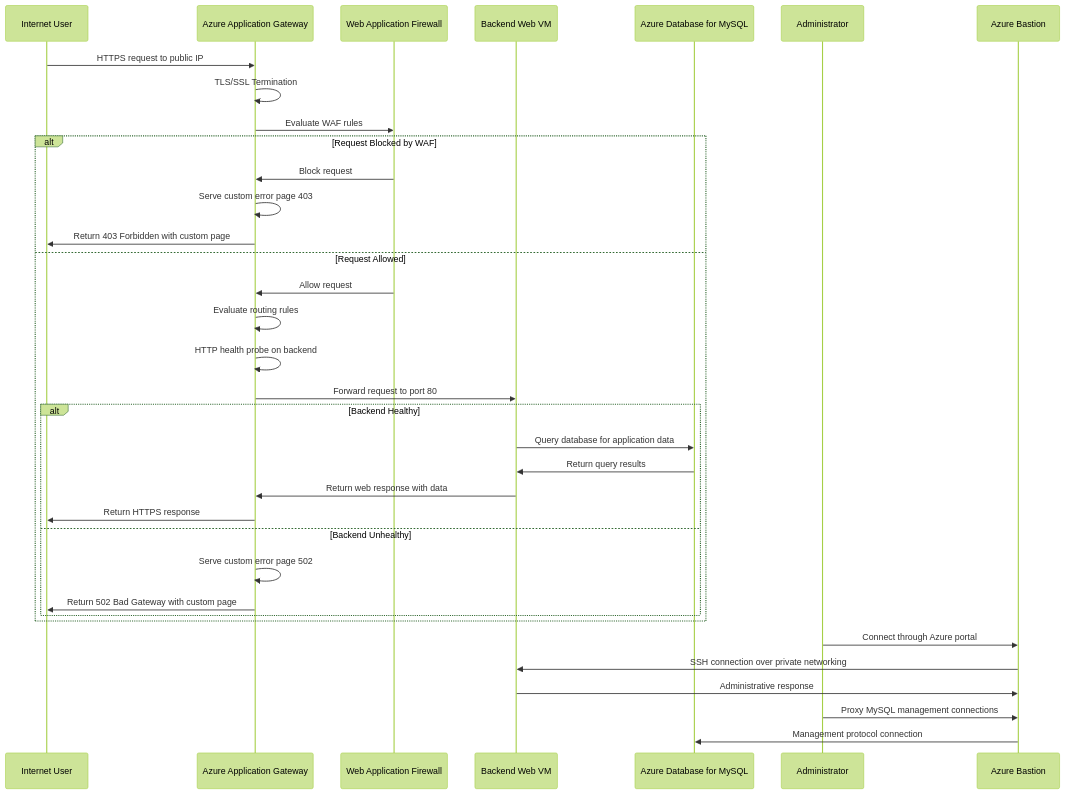
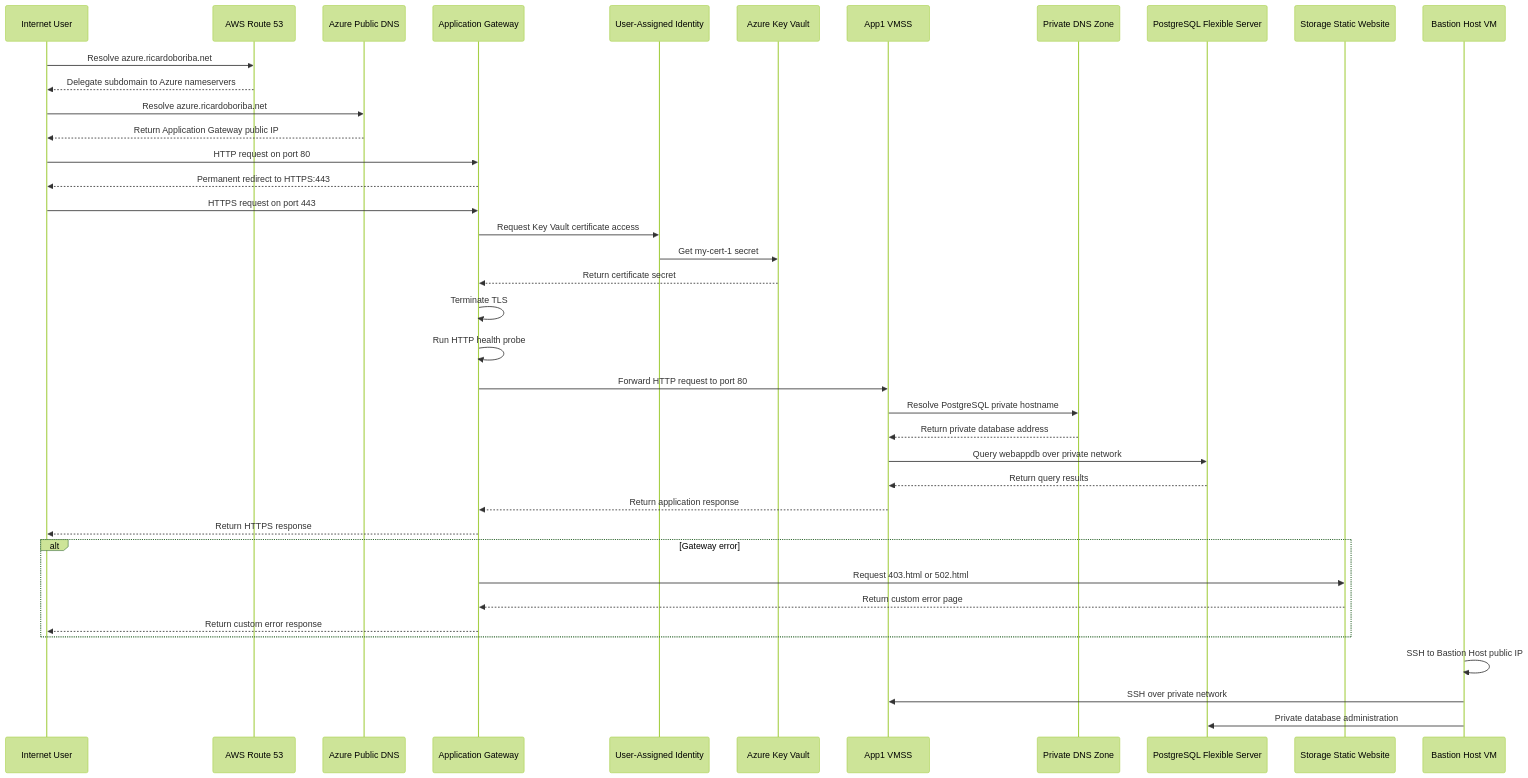
One commit to Richardbmk/azure-architecture-solutions changed the diagram in 05-Project06-ApplicationGateway-MySQL/README.md. Above: the diagram before and after it, drawn with Mermaid (forest theme). The commit also changed other lines of this file and 2 other files, not shown here.

````diff
--- a/05-Project06-ApplicationGateway-MySQL/README.md
+++ b/05-Project06-ApplicationGateway-MySQL/README.md
@@ -88,39 +29,44 @@
 ```mermaid
 sequenceDiagram
     participant User as Internet User
-    participant AppGW as Azure Application Gateway
-    participant WAF as Web Application Firewall
-    participant WebVM as Backend Web VM
-    participant MySQL as Azure Database for MySQL
-    participant Admin as Administrator
-    participant Bastion as Azure Bastion
+    participant AWS as AWS Route 53
+    participant AzureDNS as Azure Public DNS
+    participant Gateway as Application Gateway
+    participant Identity as User-Assigned Identity
+    participant KV as Azure Key Vault
+    participant VMSS as App1 VMSS
+    participant PrivateDNS as Private DNS Zone
+    participant PostgreSQL as PostgreSQL Flexible Server
+    participant Storage as Storage Static Website
+    participant Admin as Bastion Host VM
 
-    User->>AppGW: HTTPS request to public IP
-    AppGW->>AppGW: TLS/SSL Termination
-    AppGW->>WAF: Evaluate WAF rules
-    alt Request Blocked by WAF
-        WAF->>AppGW: Block request
-        AppGW->>AppGW: Serve custom error page 403
-        AppGW->>User: Return 403 Forbidden with custom page
-    else Request Allowed
-        WAF->>AppGW: Allow request
-        AppGW->>AppGW: Evaluate routing rules
-        AppGW->>AppGW: HTTP health probe on backend
-        AppGW->>WebVM: Forward request to port 80
-        alt Backend Healthy
-            WebVM->>MySQL: Query database for application data
-            MySQL->>WebVM: Return query results
-            WebVM->>AppGW: Return web response with data
-            AppGW->>User: Return HTTPS response
-        else Backend Unhealthy
-            AppGW->>AppGW: Serve custom error page 502
-            AppGW->>User: Return 502 Bad Gateway with custom page
-        end
+    User->>AWS: Resolve azure.ricardoboriba.net
+    AWS-->>User: Delegate subdomain to Azure nameservers
+    User->>AzureDNS: Resolve azure.ricardoboriba.net
+    AzureDNS-->>User: Return Application Gateway public IP
+    User->>Gateway: HTTP request on port 80
+    Gateway-->>User: Permanent redirect to HTTPS:443
+    User->>Gateway: HTTPS request on port 443
+    Gateway->>Identity: Request Key Vault certificate access
+    Identity->>KV: Get my-cert-1 secret
+    KV-->>Gateway: Return certificate secret
+    Gateway->>Gateway: Terminate TLS
+    Gateway->>Gateway: Run HTTP health probe
+    Gateway->>VMSS: Forward HTTP request to port 80
+    VMSS->>PrivateDNS: Resolve PostgreSQL private hostname
+    PrivateDNS-->>VMSS: Return private database address
+    VMSS->>PostgreSQL: Query webappdb over private network
+    PostgreSQL-->>VMSS: Return query results
+    VMSS-->>Gateway: Return application response
+    Gateway-->>User: Return HTTPS response
+
+    alt Gateway error
+        Gateway->>Storage: Request 403.html or 502.html
+        Storage-->>Gateway: Return custom error page
+        Gateway-->>User: Return custom error response
     end
 
-    Admin->>Bastion: Connect through Azure portal
-    Bastion->>WebVM: SSH connection over private networking
-    WebVM->>Bastion: Administrative response
-    Admin->>Bastion: Proxy MySQL management connections
-    Bastion->>MySQL: Management protocol connection
+    Admin->>Admin: SSH to Bastion Host public IP
+    Admin->>VMSS: SSH over private network
+    Admin->>PostgreSQL: Private database administration
 ```
````
